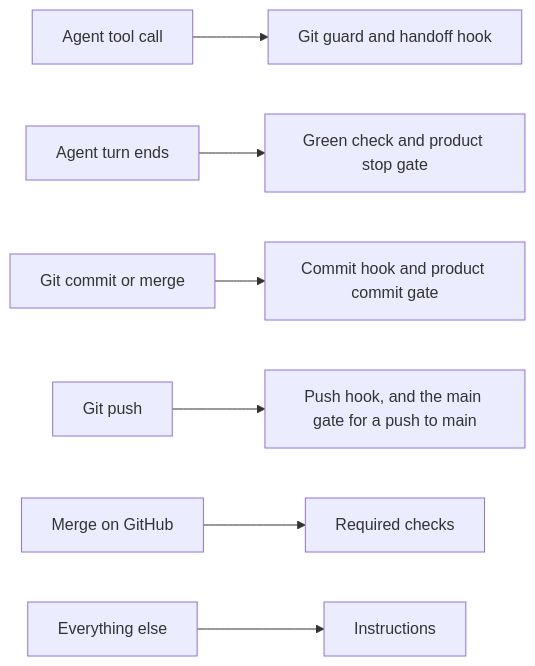
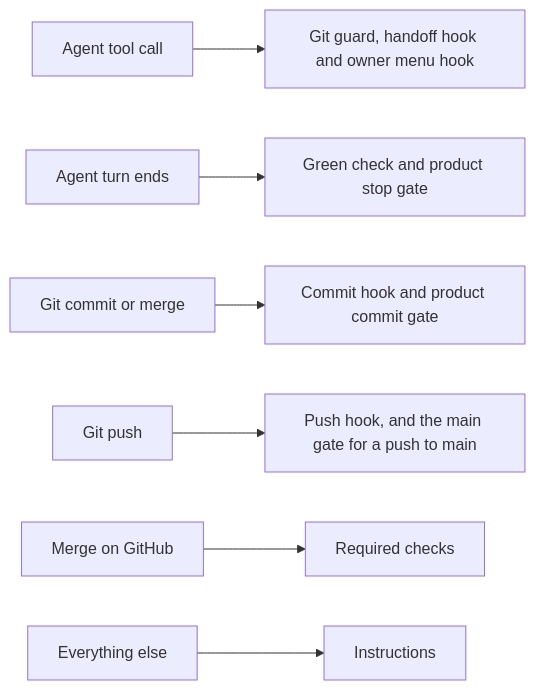
One commit to zaingulel/kestrel changed the diagram in docs/AI-WORKFLOW-enforcement.md. Above: the diagram before and after it, drawn with Mermaid. The commit also changed other lines of this file and 277 other files, not shown here.

````diff
--- a/docs/AI-WORKFLOW-enforcement.md
+++ b/docs/AI-WORKFLOW-enforcement.md
@@ -20,11 +20,11 @@
 ```mermaid
 flowchart LR
     accTitle: The six triggers and what each one reaches
     accDescr: Six separate triggers each reach their own control, and passing one control says nothing about another.
-    T[Agent tool call] --> G[Git guard and handoff hook]
+    T[Agent tool call] --> G[Git guard, handoff hook and owner menu hook]
     E[Agent turn ends] --> V[Green check and product stop gate]
     C[Git commit or merge] --> P[Commit hook and product commit gate]
     U[Git push] --> Q[Push hook, and the main gate for a push to main]
     M[Merge on GitHub] --> R[Required checks]
     I[Everything else] --> S[Instructions]
 ```
````
